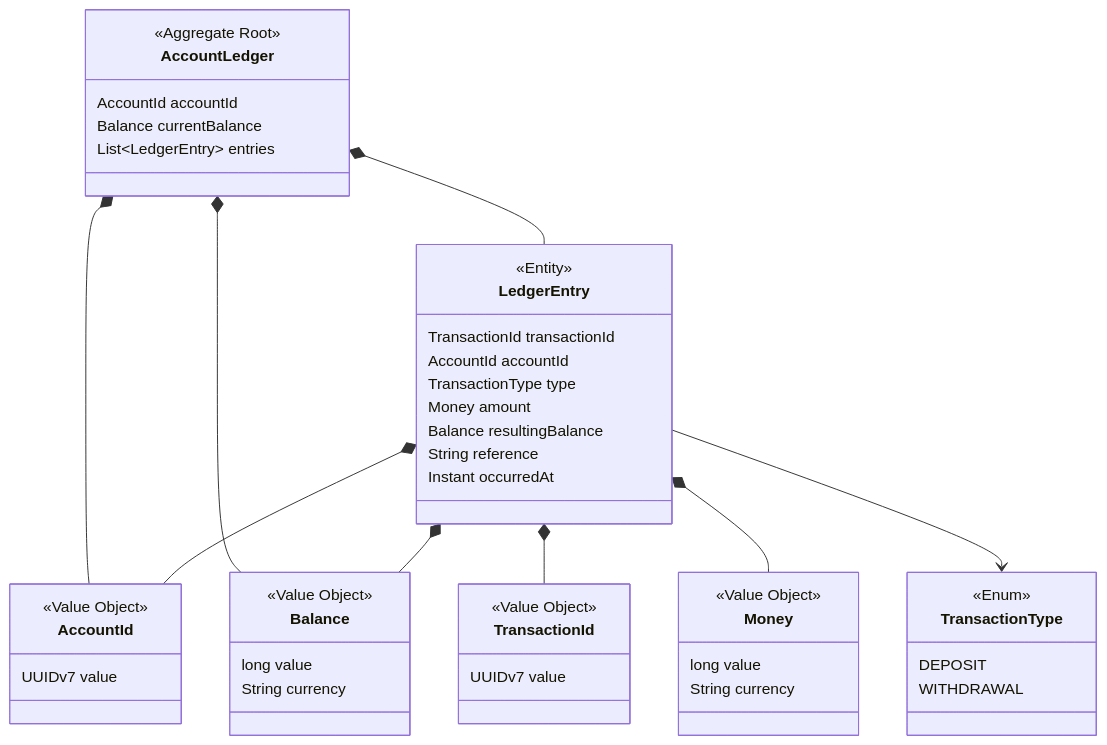
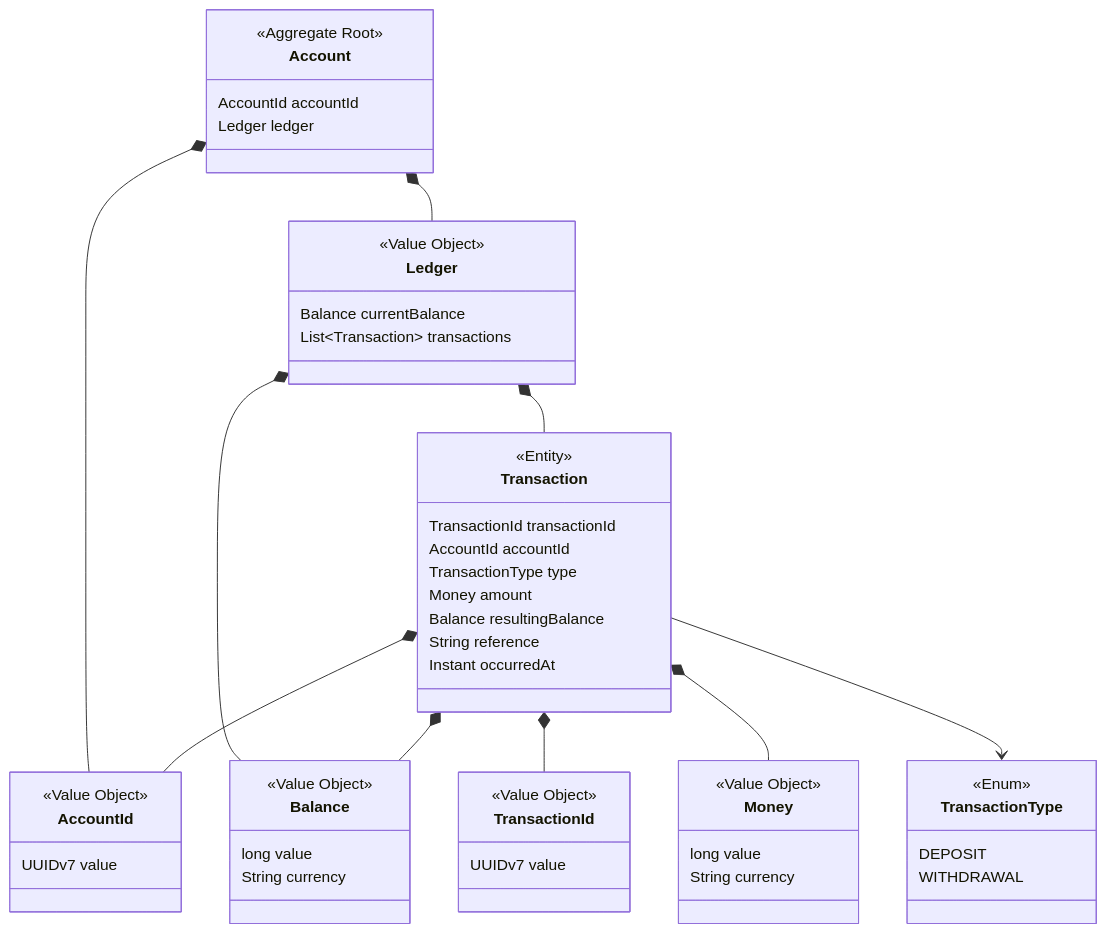
Before and after one commit to misterpotts/picobooks: the diagram in openspec/specs/picobooks/spec.md, drawn with Mermaid. The commit also changed other lines of this file and 29 other files, not shown here.

Commit message:
docs: align account ledger terminology

````diff
--- a/openspec/specs/picobooks/spec.md
+++ b/openspec/specs/picobooks/spec.md
@@ -269,51 +269,56 @@
 ```mermaid
 classDiagram
     class AccountId {
       <<Value Object>>
       UUIDv7 value
     }
     class TransactionId {
       <<Value Object>>
       UUIDv7 value
     }
     class Money {
       <<Value Object>>
       long value
       String currency
     }
     class Balance {
       <<Value Object>>
       long value
       String currency
     }
     class TransactionType {
       <<Enum>>
       DEPOSIT
       WITHDRAWAL
     }
-    class LedgerEntry {
+    class Transaction {
       <<Entity>>
       TransactionId transactionId
       AccountId accountId
       TransactionType type
       Money amount
       Balance resultingBalance
       String reference
       Instant occurredAt
     }
-    class AccountLedger {
+    class Ledger {
+      <<Value Object>>
+      Balance currentBalance
+      List~Transaction~ transactions
+    }
+    class Account {
       <<Aggregate Root>>
       AccountId accountId
-      Balance currentBalance
-      List~LedgerEntry~ entries
+      Ledger ledger
     }
 
-    AccountLedger *-- AccountId
-    AccountLedger *-- Balance
-    AccountLedger *-- LedgerEntry
-    LedgerEntry *-- TransactionId
-    LedgerEntry *-- AccountId
-    LedgerEntry *-- Money
-    LedgerEntry *-- Balance
-    LedgerEntry --> TransactionType
+    Account *-- AccountId
+    Account *-- Ledger
+    Ledger *-- Balance
+    Ledger *-- Transaction
+    Transaction *-- TransactionId
+    Transaction *-- AccountId
+    Transaction *-- Money
+    Transaction *-- Balance
+    Transaction --> TransactionType
 ```
````
